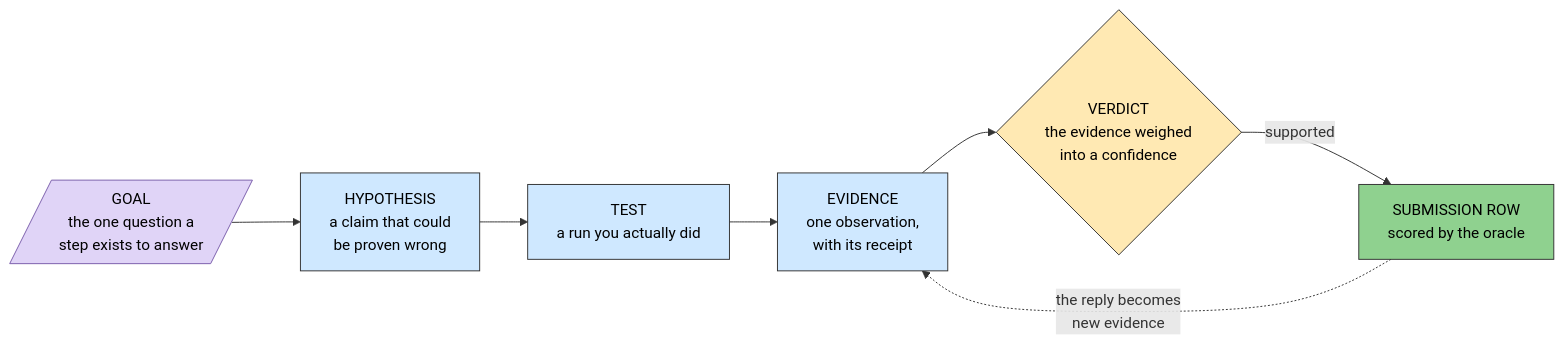
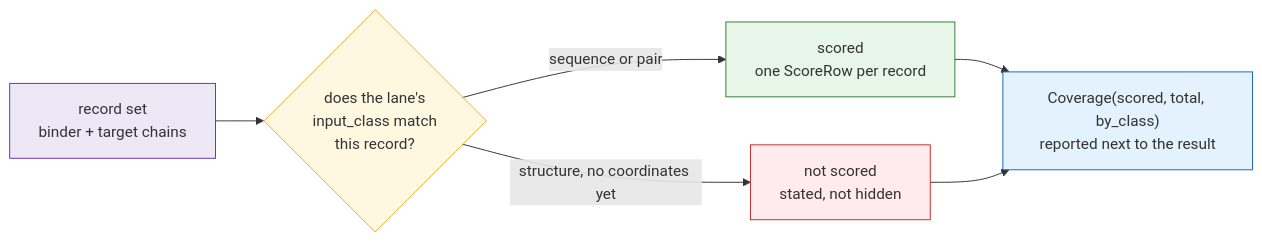
One commit to agharsallah/mva-hackathon changed the sixth of 6 diagrams in docs/dictionary.md. Above: the diagram before and after it, drawn with Mermaid. The commit also changed other lines of this file and 45 other files, not shown here.

````diff
--- a/docs/dictionary.md
+++ b/docs/dictionary.md
@@ -2080,15 +1197,13 @@
 ```mermaid
-flowchart LR
-  G[/"GOAL<br/>the one question a<br/>step exists to answer"/]:::raw
-  H["HYPOTHESIS<br/>a claim that could<br/>be proven wrong"]:::machine
-  T["TEST<br/>a run you actually did"]:::machine
-  E["EVIDENCE<br/>one observation,<br/>with its receipt"]:::machine
-  V{"VERDICT<br/>the evidence weighed<br/>into a confidence"}:::decide
-  S["SUBMISSION ROW<br/>scored by the oracle"]:::good
-  G --> H --> T --> E --> V -->|supported| S
-  S -.->|"the reply becomes<br/>new evidence"| E
-  classDef raw fill:#e0d4f7,stroke:#7a5cab,color:#000
-  classDef machine fill:#cfe8ff,stroke:#333,color:#000
-  classDef decide fill:#ffe9b3,stroke:#333,color:#000
-  classDef good fill:#8fd18f,stroke:#333,color:#000
+graph LR
+    RS["record set<br/>binder + target chains"]:::raw --> Q{"does the lane's<br/>input_class match<br/>this record?"}:::decision
+    Q -->|"sequence or pair"| S["scored<br/>one ScoreRow per record"]:::good
+    Q -->|"structure, no coordinates yet"| U["not scored<br/>stated, not hidden"]:::bad
+    S --> C["Coverage(scored, total, by_class)<br/>reported next to the result"]:::machine
+    U --> C
+    classDef raw fill:#ede7f6,stroke:#5e35b1
+    classDef decision fill:#fff8e1,stroke:#f9a825
+    classDef good fill:#e8f5e9,stroke:#2e7d32
+    classDef bad fill:#ffebee,stroke:#c62828
+    classDef machine fill:#e3f2fd,stroke:#1565c0
 ```
````
